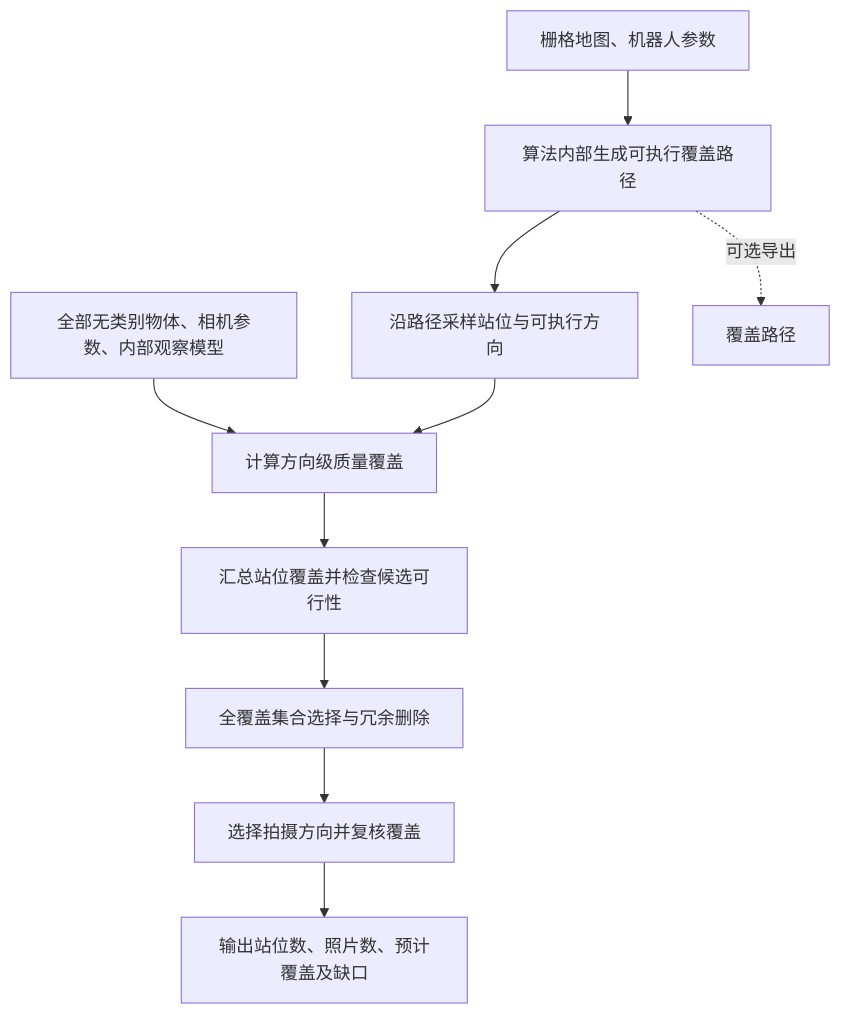
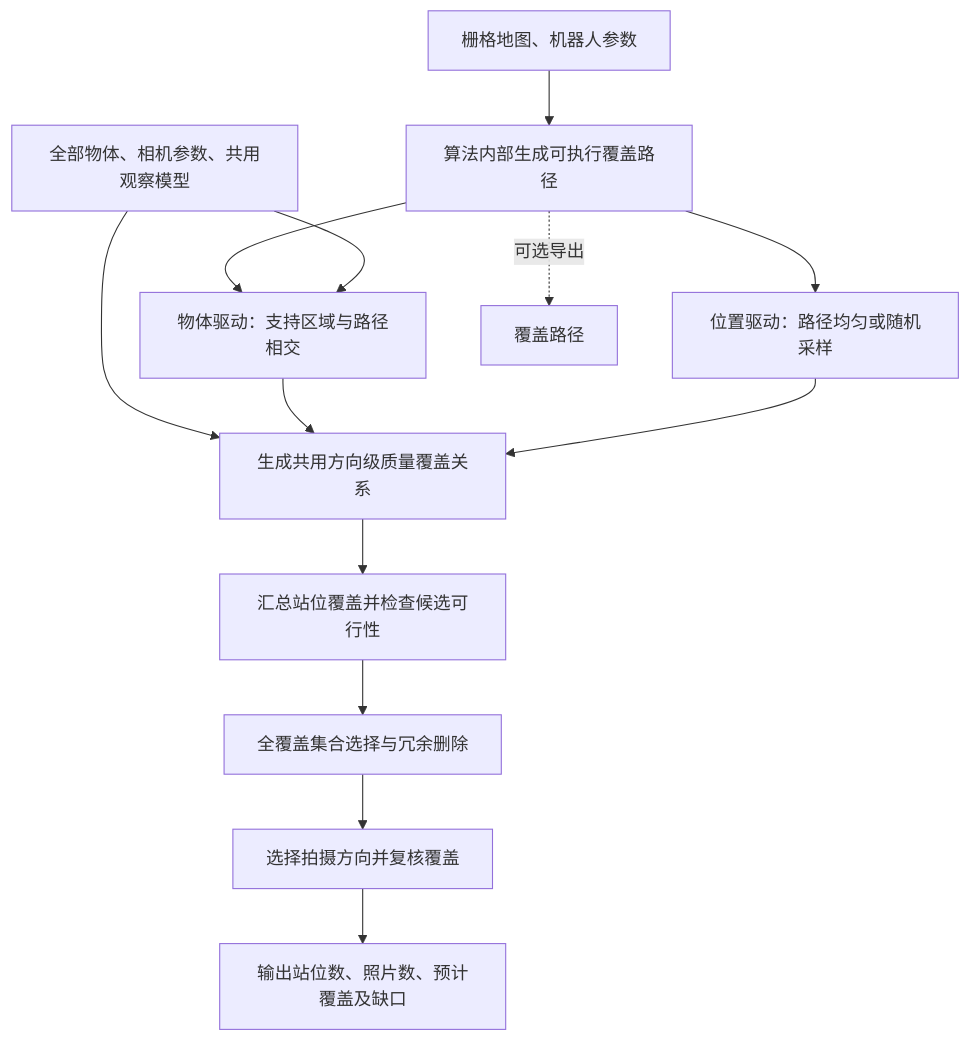
One commit to yutian929/Find-Anything-Like-Humans-V2 changed the first of 5 diagrams in docs/falhv2/path_constrained_anchor_selection_v0_20261013.md. Above: the diagram before and after it, drawn with Mermaid. The commit also changed other lines of this file and 2 other files, not shown here.

````diff
--- a/docs/falhv2/path_constrained_anchor_selection_v0_20261013.md
+++ b/docs/falhv2/path_constrained_anchor_selection_v0_20261013.md
@@ -275,12 +325,15 @@
 ```mermaid
 flowchart TD
     A[栅格地图、机器人参数] --> B[算法内部生成可执行覆盖路径]
-    B --> C[沿路径采样站位与可执行方向]
-    D[全部无类别物体、相机参数、内部观察模型] --> E[计算方向级质量覆盖]
-    C --> E
+    B --> C1[物体驱动：支持区域与路径相交]
+    B --> C2[位置驱动：路径均匀或随机采样]
+    D[全部物体、相机参数、共用观察模型] --> C1
+    D --> E[生成共用方向级质量覆盖关系]
+    C1 --> E
+    C2 --> E
     E --> F[汇总站位覆盖并检查候选可行性]
     F --> G[全覆盖集合选择与冗余删除]
     G --> H[选择拍摄方向并复核覆盖]
     H --> I[输出站位数、照片数、预计覆盖及缺口]
     B -. 可选导出 .-> J[覆盖路径]
 ```
````
